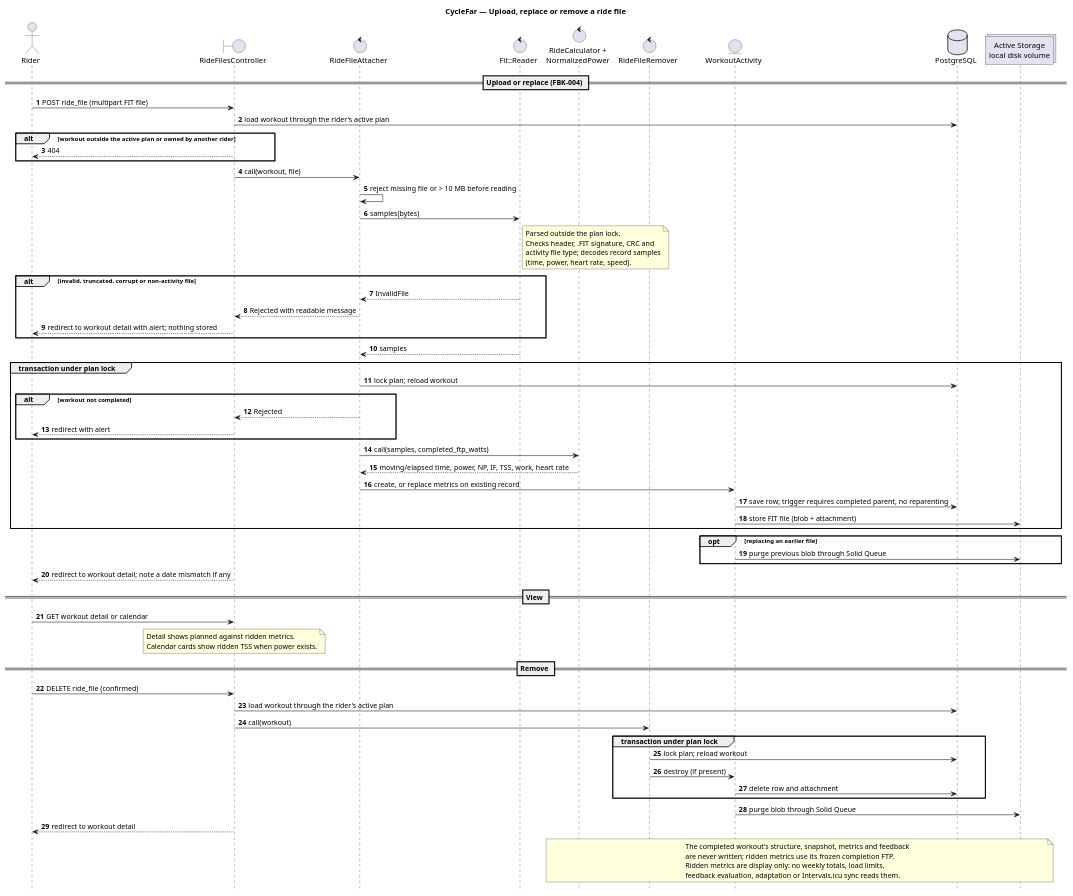
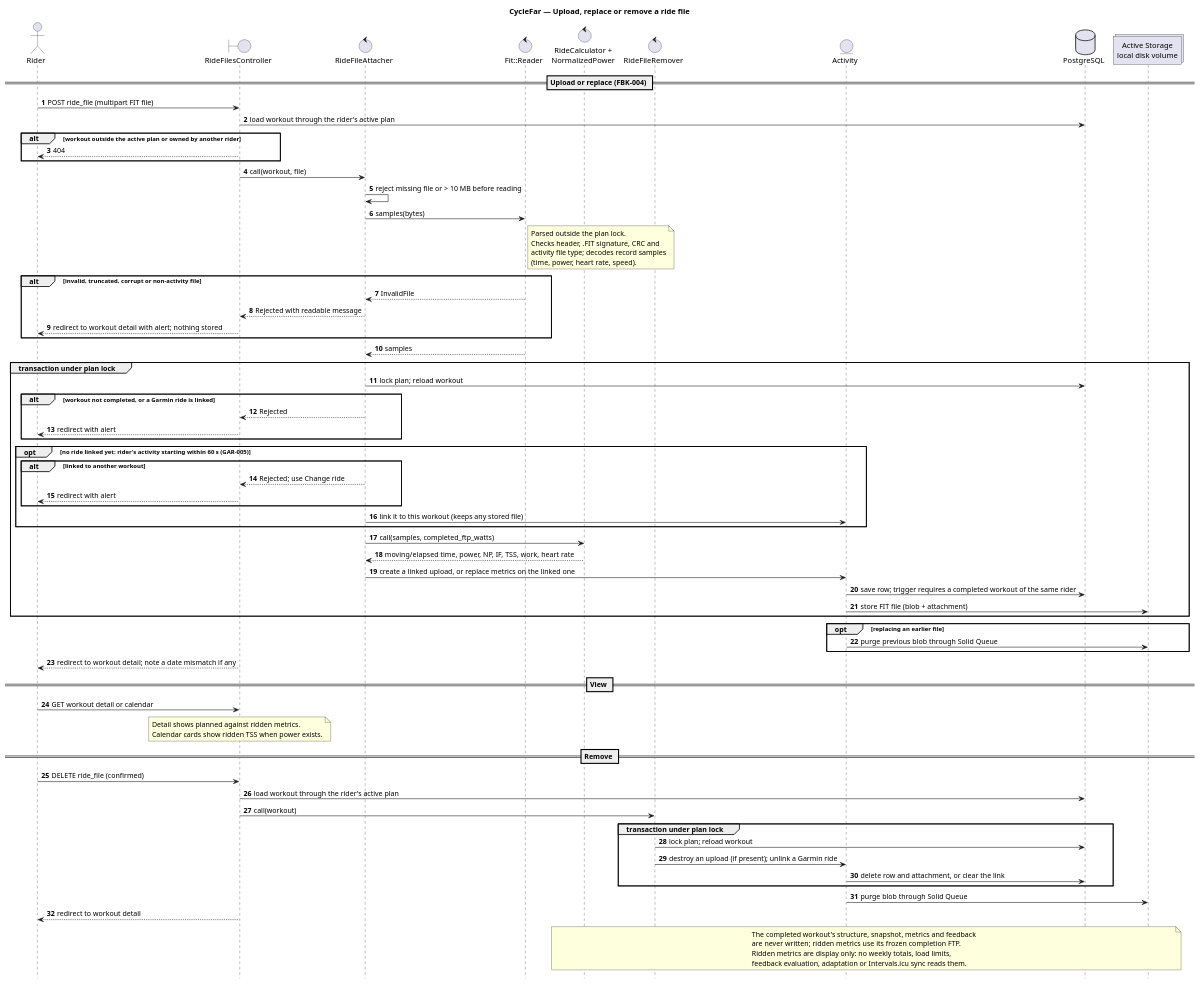
One commit to richardhartme/cyclefar changed the diagram in docs/diagrams/sequence-cyclefar-ride-file-upload.puml. Above: the diagram before and after it, drawn with PlantUML. The commit also changed 32 other files, not shown here.

First line of the commit message:
Replace WorkoutActivity with a rider-owned, relinkable Activity

```diff
--- a/docs/diagrams/sequence-cyclefar-ride-file-upload.puml
+++ b/docs/diagrams/sequence-cyclefar-ride-file-upload.puml
@@ -1,80 +1,87 @@
 @startuml
 title CycleFar — Upload, replace or remove a ride file
 
 autonumber
 hide footbox
 
 actor Rider
 boundary "RideFilesController" as Controller
 control "RideFileAttacher" as Attacher
 control "Fit::Reader" as Reader
 control "RideCalculator +\nNormalizedPower" as Calculator
 control "RideFileRemover" as Remover
-entity "WorkoutActivity" as Activity
+entity "Activity" as Activity
 database "PostgreSQL" as Database
 collections "Active Storage\nlocal disk volume" as Storage
 
 == Upload or replace (FBK-004) ==
 Rider -> Controller: POST ride_file (multipart FIT file)
 Controller -> Database: load workout through the rider's active plan
 alt workout outside the active plan or owned by another rider
   Controller --> Rider: 404
 end
 Controller -> Attacher: call(workout, file)
 Attacher -> Attacher: reject missing file or > 10 MB before reading
 Attacher -> Reader: samples(bytes)
 note right of Reader
   Parsed outside the plan lock.
   Checks header, .FIT signature, CRC and
   activity file type; decodes record samples
   (time, power, heart rate, speed).
 end note
 alt invalid, truncated, corrupt or non-activity file
   Reader --> Attacher: InvalidFile
   Attacher --> Controller: Rejected with readable message
   Controller --> Rider: redirect to workout detail with alert; nothing stored
 end
 Reader --> Attacher: samples
 group transaction under plan lock
   Attacher -> Database: lock plan; reload workout
-  alt workout not completed
+  alt workout not completed, or a Garmin ride is linked
     Attacher --> Controller: Rejected
     Controller --> Rider: redirect with alert
   end
+  opt no ride linked yet: rider's activity starting within 60 s (GAR-005)
+    alt linked to another workout
+      Attacher --> Controller: Rejected; use Change ride
+      Controller --> Rider: redirect with alert
+    end
+    Attacher -> Activity: link it to this workout (keeps any stored file)
+  end
   Attacher -> Calculator: call(samples, completed_ftp_watts)
   Calculator --> Attacher: moving/elapsed time, power, NP, IF, TSS, work, heart rate
-  Attacher -> Activity: create, or replace metrics on existing record
-  Activity -> Database: save row; trigger requires completed parent, no reparenting
+  Attacher -> Activity: create a linked upload, or replace metrics on the linked one
+  Activity -> Database: save row; trigger requires a completed workout of the same rider
   Activity -> Storage: store FIT file (blob + attachment)
 end
 opt replacing an earlier file
   Activity -> Storage: purge previous blob through Solid Queue
 end
 Controller --> Rider: redirect to workout detail; note a date mismatch if any
 
 == View ==
 Rider -> Controller: GET workout detail or calendar
 note over Controller
   Detail shows planned against ridden metrics.
   Calendar cards show ridden TSS when power exists.
 end note
 
 == Remove ==
 Rider -> Controller: DELETE ride_file (confirmed)
 Controller -> Database: load workout through the rider's active plan
 Controller -> Remover: call(workout)
 group transaction under plan lock
   Remover -> Database: lock plan; reload workout
-  Remover -> Activity: destroy (if present)
-  Activity -> Database: delete row and attachment
+  Remover -> Activity: destroy an upload (if present); unlink a Garmin ride
+  Activity -> Database: delete row and attachment, or clear the link
 end
 Activity -> Storage: purge blob through Solid Queue
 Controller --> Rider: redirect to workout detail
 
 note over Calculator, Storage
   The completed workout's structure, snapshot, metrics and feedback
   are never written; ridden metrics use its frozen completion FTP.
   Ridden metrics are display only: no weekly totals, load limits,
   feedback evaluation, adaptation or Intervals.icu sync reads them.
 end note
 @enduml
```
